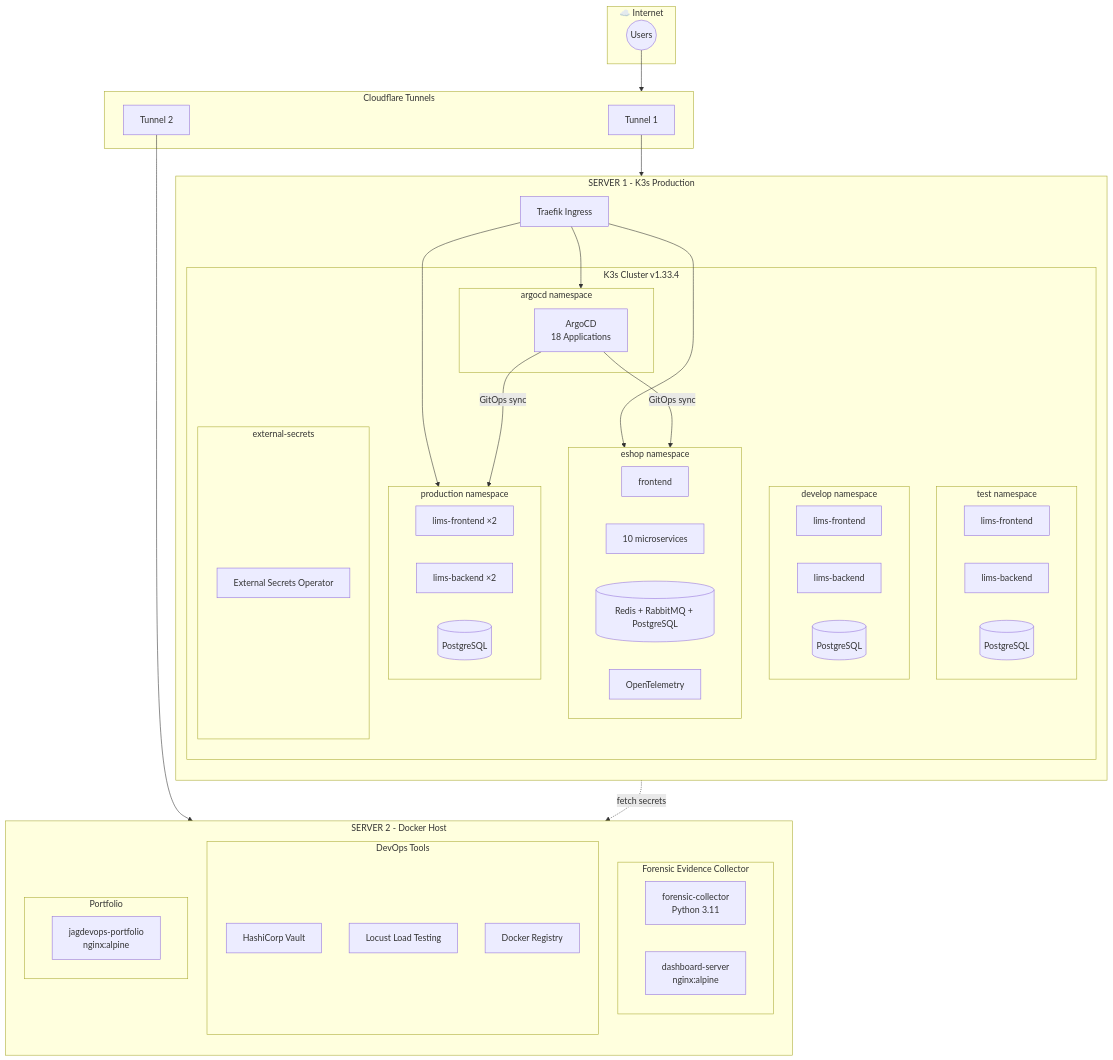
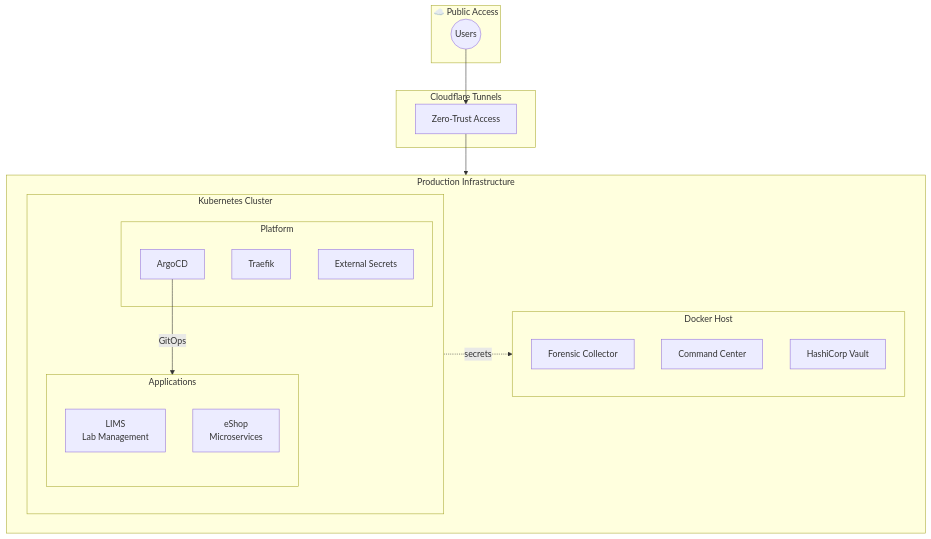
The first of 4 diagrams in README.md (GABRIELS562/Architecture-), drawn with Mermaid before and after one commit. The commit also changed other lines of this file, not shown here.

First line of the commit message:
Clean architecture overview - remove sensitive details

````diff
--- a/README.md
+++ b/README.md
@@ -13,68 +14,36 @@
 ```mermaid
 flowchart TB
-    subgraph Internet["☁️ Internet"]
+    subgraph Internet["☁️ Public Access"]
         Users(("Users"))
     end
 
-    subgraph CF["Cloudflare Tunnels"]
-        T1["Tunnel 1"]
-        T2["Tunnel 2"]
+    subgraph CDN["Cloudflare Tunnels"]
+        CF["Zero-Trust Access"]
     end
 
-    subgraph S1["SERVER 1 - K3s Production"]
-        direction TB
-        subgraph K3s["K3s Cluster v1.33.4"]
-            subgraph NS_PROD["production namespace"]
-                LIMS_FE["lims-frontend ×2"]
-                LIMS_BE["lims-backend ×2"]
-                LIMS_DB[("PostgreSQL")]
+    subgraph Infra["Production Infrastructure"]
+        subgraph S1["Kubernetes Cluster"]
+            direction TB
+            subgraph Apps["Applications"]
+                LIMS["LIMS<br/>Lab Management"]
+                ESHOP["eShop<br/>Microservices"]
             end
-            subgraph NS_TEST["test namespace"]
-                TEST_FE["lims-frontend"]
-                TEST_BE["lims-backend"]
-                TEST_DB[("PostgreSQL")]
-            end
-            subgraph NS_DEV["develop namespace"]
-                DEV_FE["lims-frontend"]
-                DEV_BE["lims-backend"]
-                DEV_DB[("PostgreSQL")]
-            end
-            subgraph NS_ESHOP["eshop namespace"]
-                ESHOP_FE["frontend"]
-                ESHOP_SVC["10 microservices"]
-                ESHOP_DATA[("Redis + RabbitMQ + PostgreSQL")]
-                OTEL["OpenTelemetry"]
-            end
-            subgraph NS_ARGO["argocd namespace"]
-                ARGOCD["ArgoCD<br/>18 Applications"]
-            end
-            subgraph NS_EXT["external-secrets"]
-                ESO["External Secrets Operator"]
+            subgraph Platform["Platform"]
+                ARGO["ArgoCD"]
+                TRAEFIK["Traefik"]
+                ESO["External Secrets"]
             end
         end
-        TRAEFIK["Traefik Ingress"]
-    end
 
-    subgraph S2["SERVER 2 - Docker Host"]
-        direction TB
-        subgraph Forensic["Forensic Evidence Collector"]
-            COLLECTOR["forensic-collector<br/>Python 3.11"]
-            DASHBOARD["dashboard-server<br/>nginx:alpine"]
-        end
-        subgraph DevOps["DevOps Tools"]
+        subgraph S2["Docker Host"]
+            direction TB
+            FORENSIC["Forensic Collector"]
+            DASHBOARD["Command Center"]
             VAULT["HashiCorp Vault"]
-            LOCUST["Locust Load Testing"]
-            REGISTRY["Docker Registry"]
-        end
-        subgraph Portfolio["Portfolio"]
-            SITE["jagdevops-portfolio<br/>nginx:alpine"]
         end
     end
 
-    Users --> CF
-    T1 --> TRAEFIK
-    T2 --> S2
-    TRAEFIK --> NS_PROD & NS_ESHOP & NS_ARGO
-    ESO -.->|fetch secrets| VAULT
-    ARGOCD -->|GitOps sync| NS_PROD & NS_ESHOP
+    Users --> CF --> Infra
+    ESO -.->|secrets| VAULT
+    ARGO -->|GitOps| Apps
 ```
````
